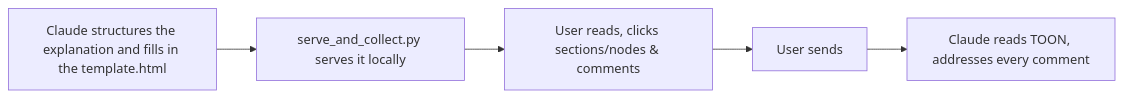
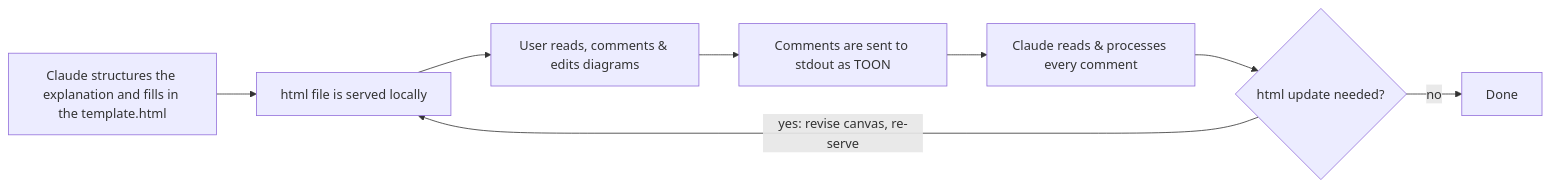
One commit to mt7180/talkboard changed the diagram in README.md. Above: the diagram before and after it, drawn with Mermaid. The commit also changed other lines of this file and 5 other files, not shown here.

Commit message:
add editable graphs

````diff
--- a/README.md
+++ b/README.md
@@ -11,8 +11,10 @@
 ```mermaid
 flowchart LR
-  a[Claude structures the explanation and fills in the template.html] --> c[serve_and_collect.py serves it locally]
-  c --> d[User reads, clicks sections/nodes & comments]
-  d --> e[User sends]
-  e --> f[Claude reads TOON, addresses every comment]
-  
+  a[Claude structures the explanation and fills in the template.html] --> b[html file is served locally]
+  b --> c["User reads, comments & edits diagrams"]
+  c --> d[Comments are sent to stdout as TOON]
+  d --> e["Claude reads & processes every comment"]
+  e --> f{html update needed?}
+  f -->|yes: revise canvas, re-serve| b
+  f -->|no| g[Done]
 ```
````
